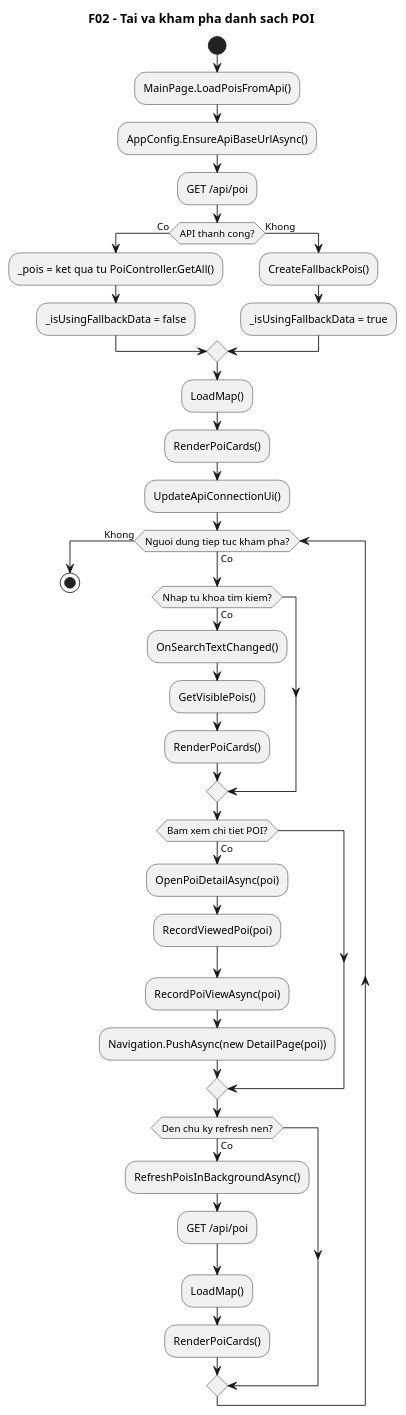
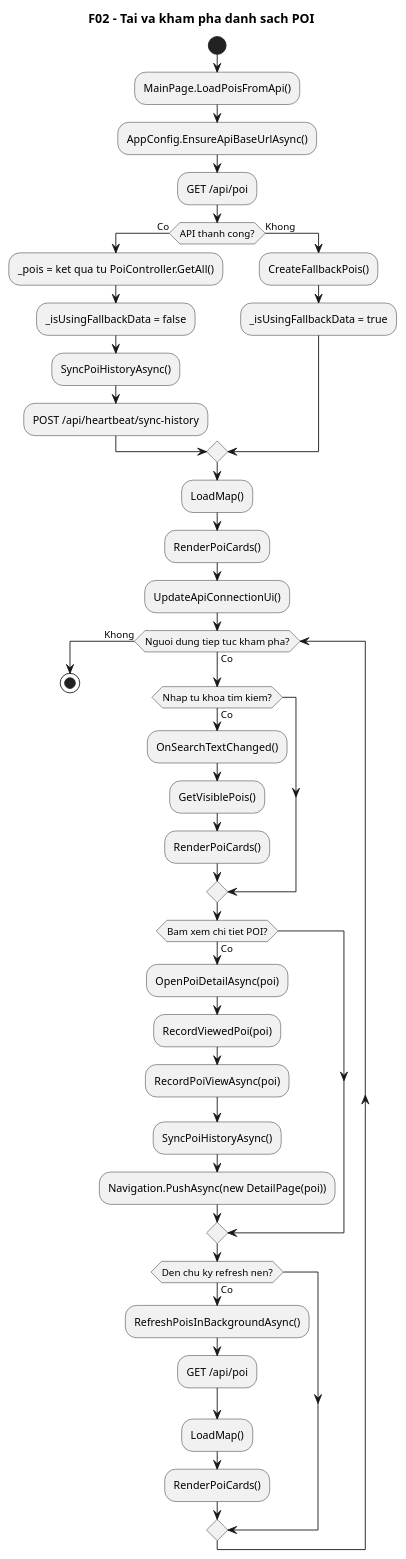
One commit to VoBao182/PhoAmThuc changed the diagram in docs/diagrams/02-poi-explore-activity.puml. Above: the diagram before and after it, drawn with PlantUML. The commit also changed 6 other files, not shown here.

```diff
--- a/docs/diagrams/02-poi-explore-activity.puml
+++ b/docs/diagrams/02-poi-explore-activity.puml
@@ -1,50 +1,53 @@
 @startuml
 ' Diagram: F02 - Tai va kham pha danh sach POI (Activity)
 ' Status: WIP
 ' Baseline: branch master, HEAD 6510344
 ' Source:
-' - VinhKhanhTourDemo/MainPage.xaml.cs: LoadPoisFromApi(), RefreshPoisInBackgroundAsync(), RenderPoiCards(), OnSearchTextChanged(), OpenPoiDetailAsync(), RecordPoiViewAsync()
+' - VinhKhanhTourDemo/MainPage.xaml.cs: OnAppearing(), LoadPoisFromApi(), RefreshPoisInBackgroundAsync(), RenderPoiCards(), OnSearchTextChanged(), OpenPoiDetailAsync(), RecordPoiViewAsync(), SyncPoiHistoryAsync()
 ' - VinhKhanhTour.API/Controllers/PoiController.cs: GetAll()
-' - VinhKhanhTour.API/Controllers/HeartbeatController.cs: RecordView()
-' Note: So do giu luong hien tai gom API va fallback local sample; can sync lai neu thay doi cach tim kiem, refresh hoac luu view.
+' - VinhKhanhTour.API/Controllers/HeartbeatController.cs: RecordView(), SyncHistory()
+' Note: Da bo sung luong dong bo lich su xem/ghe tu local Preferences len server sau khi mo app, tai POI va mo chi tiet.
 title F02 - Tai va kham pha danh sach POI
 start
 :MainPage.LoadPoisFromApi();
 :AppConfig.EnsureApiBaseUrlAsync();
 :GET /api/poi;
 if (API thanh cong?) then (Co)
   :_pois = ket qua tu PoiController.GetAll();
   :_isUsingFallbackData = false;
+  :SyncPoiHistoryAsync();
+  :POST /api/heartbeat/sync-history;
 else (Khong)
   :CreateFallbackPois();
   :_isUsingFallbackData = true;
 endif
 
 :LoadMap();
 :RenderPoiCards();
 :UpdateApiConnectionUi();
 
 while (Nguoi dung tiep tuc kham pha?) is (Co)
   if (Nhap tu khoa tim kiem?) then (Co)
     :OnSearchTextChanged();
     :GetVisiblePois();
     :RenderPoiCards();
   endif
 
   if (Bam xem chi tiet POI?) then (Co)
     :OpenPoiDetailAsync(poi);
     :RecordViewedPoi(poi);
     :RecordPoiViewAsync(poi);
+    :SyncPoiHistoryAsync();
     :Navigation.PushAsync(new DetailPage(poi));
   endif
 
   if (Den chu ky refresh nen?) then (Co)
     :RefreshPoisInBackgroundAsync();
     :GET /api/poi;
     :LoadMap();
     :RenderPoiCards();
   endif
 endwhile (Khong)
 
 stop
 @enduml
```
